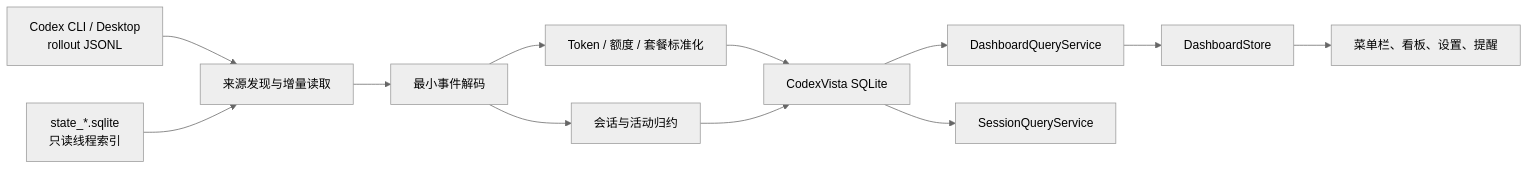
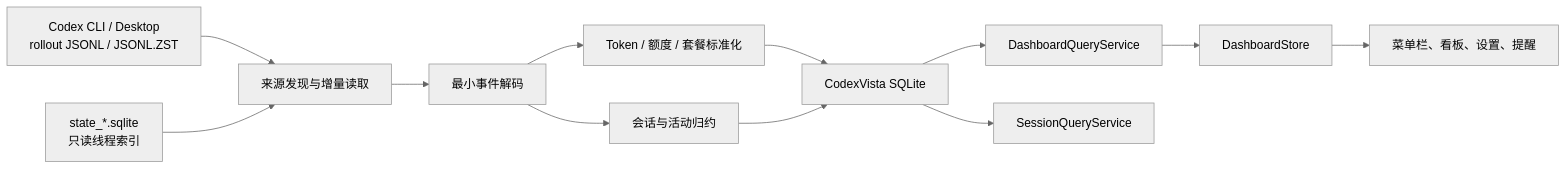
The diagram in docs/TECHNICAL_ARCHIVE.md (ychp-ai/CodexVista), drawn with Mermaid (neutral theme) before and after one commit. The commit also changed other lines of this file and 19 other files, not shown here.

````diff
--- a/docs/TECHNICAL_ARCHIVE.md
+++ b/docs/TECHNICAL_ARCHIVE.md
@@ -50,14 +51,14 @@
 ```mermaid
 flowchart LR
-    A["Codex CLI / Desktop<br/>rollout JSONL"] --> C["来源发现与增量读取"]
+    A["Codex CLI / Desktop<br/>rollout JSONL / JSONL.ZST"] --> C["来源发现与增量读取"]
     B["state_*.sqlite<br/>只读线程索引"] --> C
     C --> D["最小事件解码"]
     D --> E["Token / 额度 / 套餐标准化"]
     D --> F["会话与活动归约"]
     E --> G["CodexVista SQLite"]
     F --> G
     G --> H["DashboardQueryService"]
     G --> I["SessionQueryService"]
     H --> J["DashboardStore"]
     J --> K["菜单栏、看板、设置、提醒"]
 ```
````
